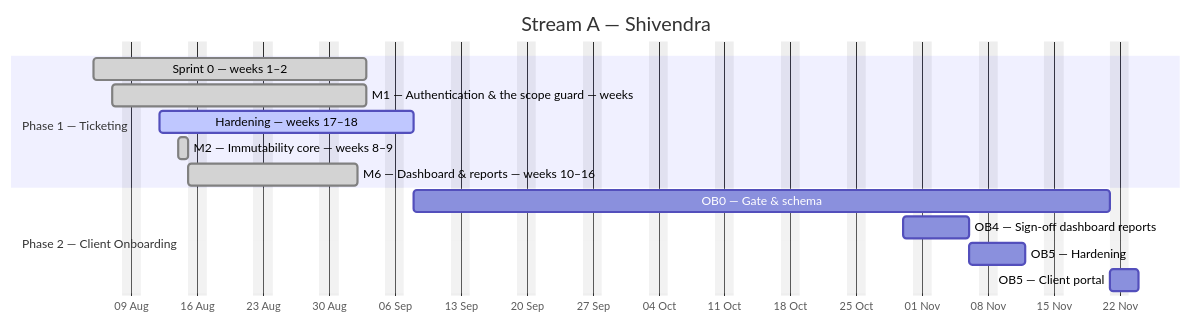
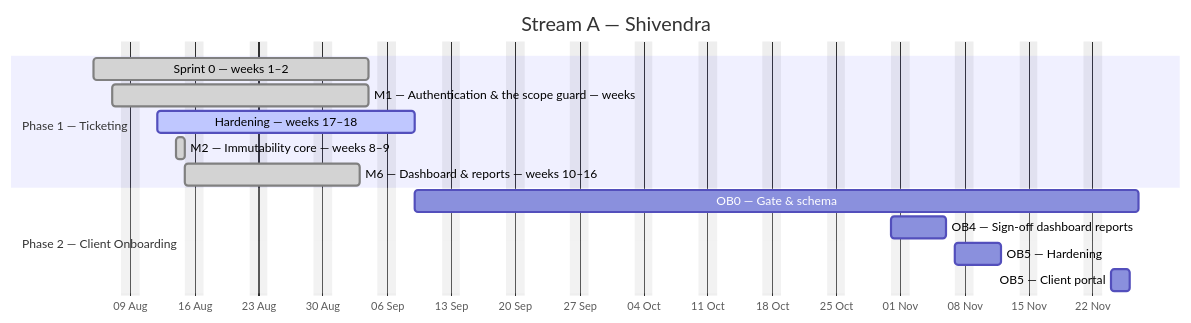
One commit to debashisedunext/EduTrack changed the first of 4 diagrams in docs/plan/GANTT.md. Above: the diagram before and after it, drawn with Mermaid. The commit also changed other lines of this file and 7 other files, not shown here.

First line of the commit message:
docs(plan): schedule the v1.2 onboarding work — service dependencies, dashboard rework, portal escalations

````diff
--- a/docs/plan/GANTT.md
+++ b/docs/plan/GANTT.md
@@ -142,18 +145,18 @@
 ```mermaid
 gantt
     dateFormat YYYY-MM-DD
     axisFormat %d %b
     title Stream A — Shivendra
     excludes weekends
     section Phase 1 — Ticketing
-    Sprint 0 — weeks 1–2 :done, a0, 2026-08-05, 21d
-    M1 — Authentication & the scope guard — weeks :done, a1, 2026-08-07, 19d
-    Hardening — weeks 17–18 :active, a2, 2026-08-12, 19d
+    Sprint 0 — weeks 1–2 :done, a0, 2026-08-05, 22d
+    M1 — Authentication & the scope guard — weeks :done, a1, 2026-08-07, 20d
+    Hardening — weeks 17–18 :active, a2, 2026-08-12, 20d
     M2 — Immutability core — weeks 8–9 :done, a3, 2026-08-14, 1d
-    M6 — Dashboard & reports — weeks 10–16 :done, a4, 2026-08-15, 13d
+    M6 — Dashboard & reports — weeks 10–16 :done, a4, 2026-08-15, 14d
     section Phase 2 — Client Onboarding
-    OB0 — Gate & schema :a5, 2026-09-08, 54d
-    OB4 — Sign-off  dashboard  reports :a6, 2026-10-30, 5d
-    OB5 — Hardening :a7, 2026-11-06, 4d
-    OB5 — Client portal :a8, 2026-11-21, 2d
+    OB0 — Gate & schema :a5, 2026-09-09, 57d
+    OB4 — Sign-off  dashboard  reports :a6, 2026-10-31, 5d
+    OB5 — Hardening :a7, 2026-11-07, 4d
+    OB5 — Client portal :a8, 2026-11-24, 2d
 ```
````
